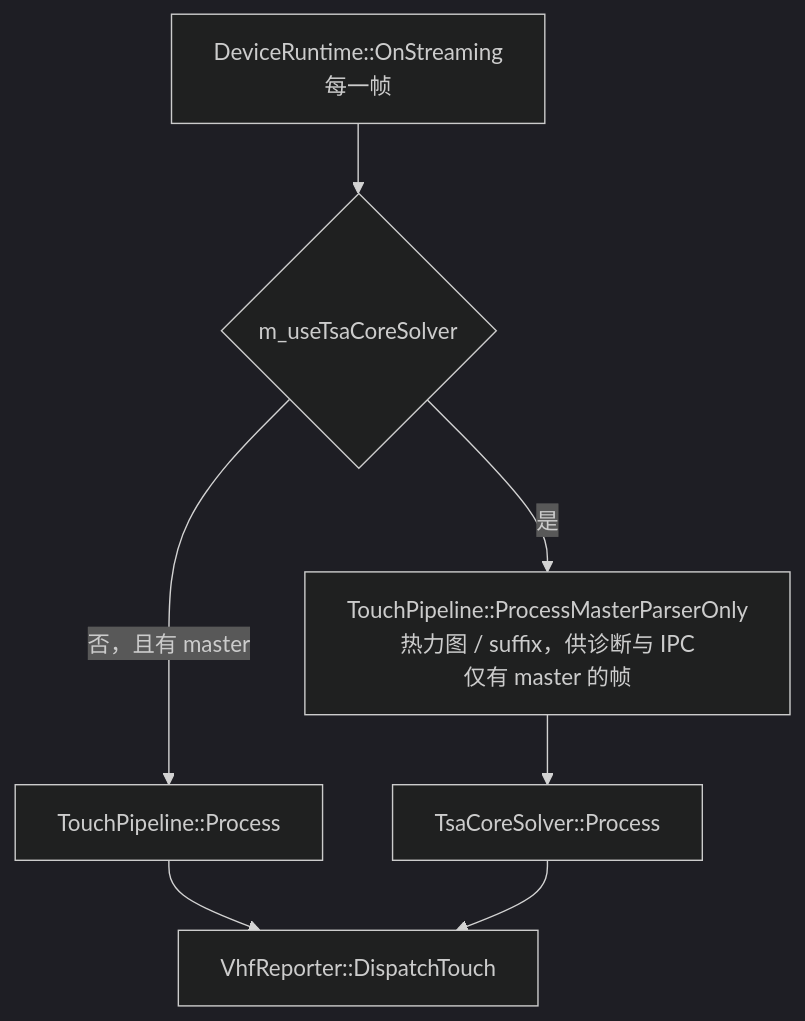
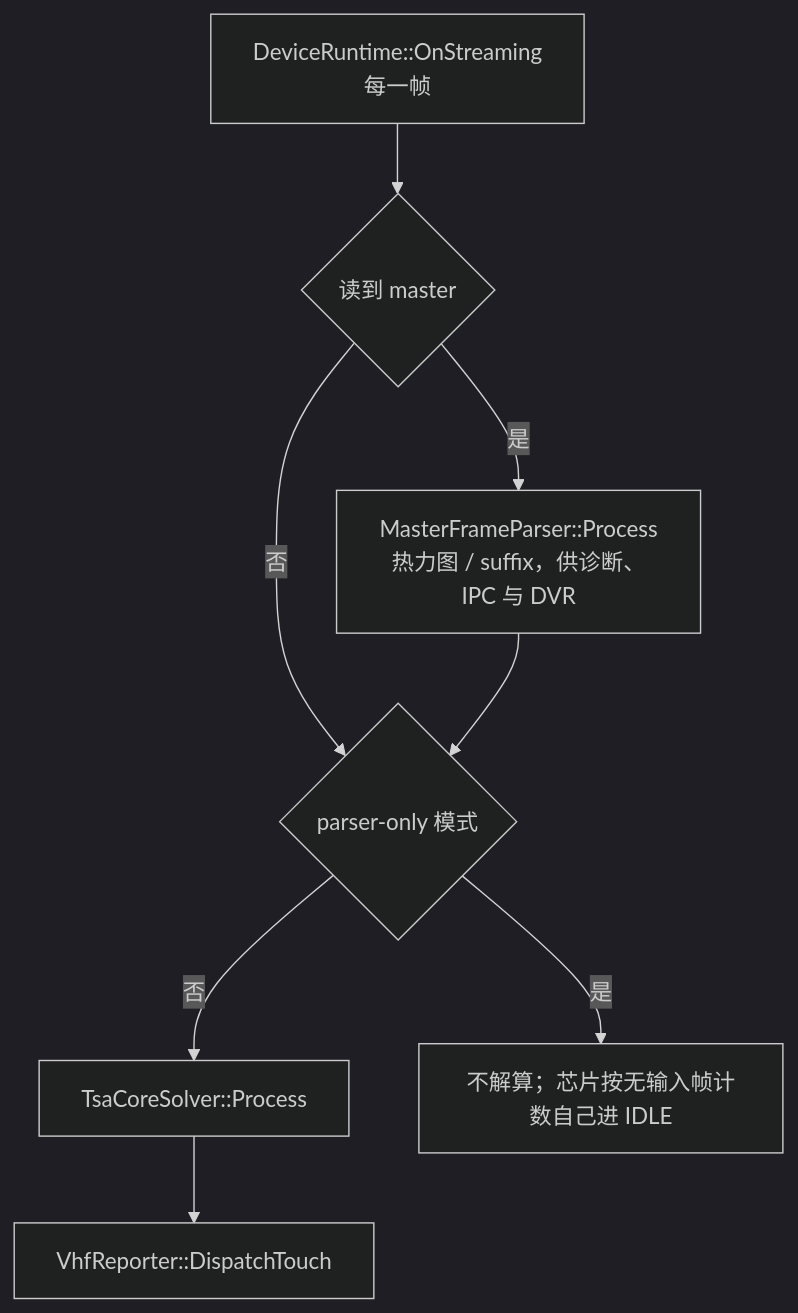
The sixth of 9 diagrams in docs/finger_algorithms/tsacore-raw-integration.md (awarson2233/EGoTouchRev), drawn with Mermaid (dark theme) before and after one commit. The commit also changed other lines of this file and 125 other files, not shown here.

````diff
--- a/docs/finger_algorithms/tsacore-raw-integration.md
+++ b/docs/finger_algorithms/tsacore-raw-integration.md
@@ -248,9 +248,10 @@
 ```mermaid
 flowchart TD
-    F["DeviceRuntime::OnStreaming<br/>每一帧"] --> SW{"m_useTsaCoreSolver"}
-    SW -- "否，且有 master" --> TP["TouchPipeline::Process"]
-    SW -- 是 --> PA["TouchPipeline::ProcessMasterParserOnly<br/>热力图 / suffix，供诊断与 IPC<br/>仅有 master 的帧"]
-    PA --> TS["TsaCoreSolver::Process"]
-    TP --> D["VhfReporter::DispatchTouch"]
-    TS --> D
+    F["DeviceRuntime::OnStreaming<br/>每一帧"] --> M{"读到 master"}
+    M -- 是 --> PA["MasterFrameParser::Process<br/>热力图 / suffix，供诊断、IPC 与 DVR"]
+    M -- 否 --> PO
+    PA --> PO{"parser-only 模式"}
+    PO -- 否 --> TS["TsaCoreSolver::Process"]
+    PO -- 是 --> X["不解算；芯片按无输入帧计数自己进 IDLE"]
+    TS --> D["VhfReporter::DispatchTouch"]
 ```
````
